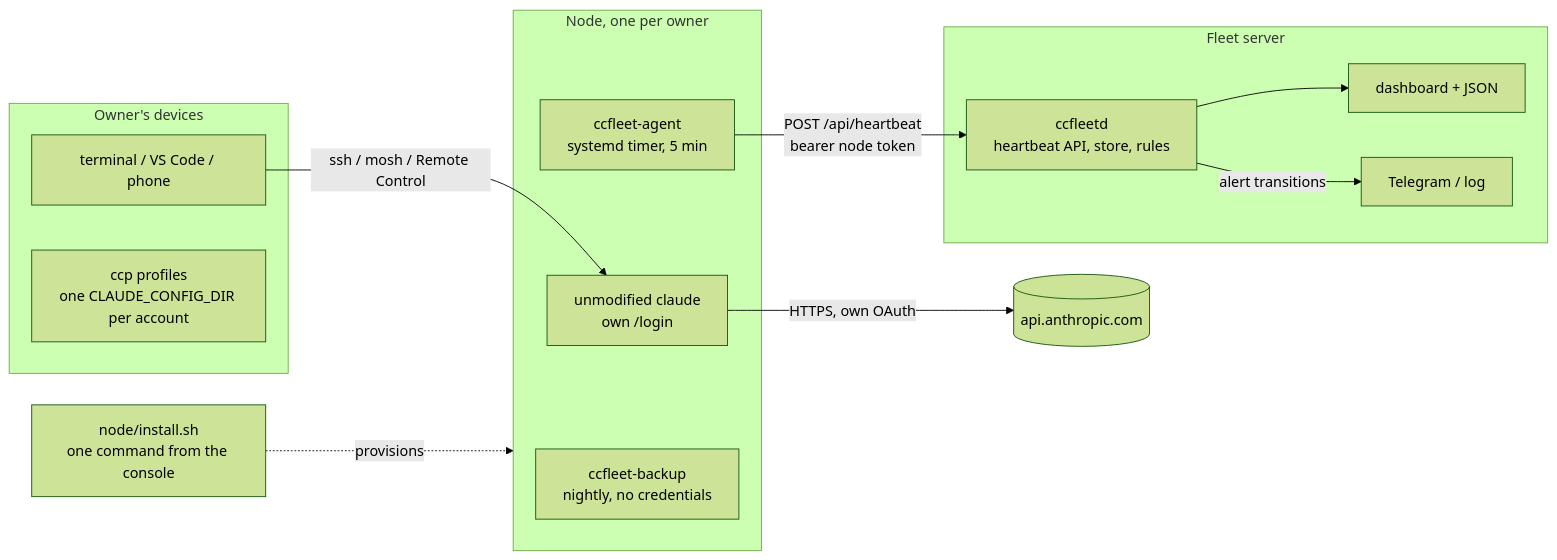
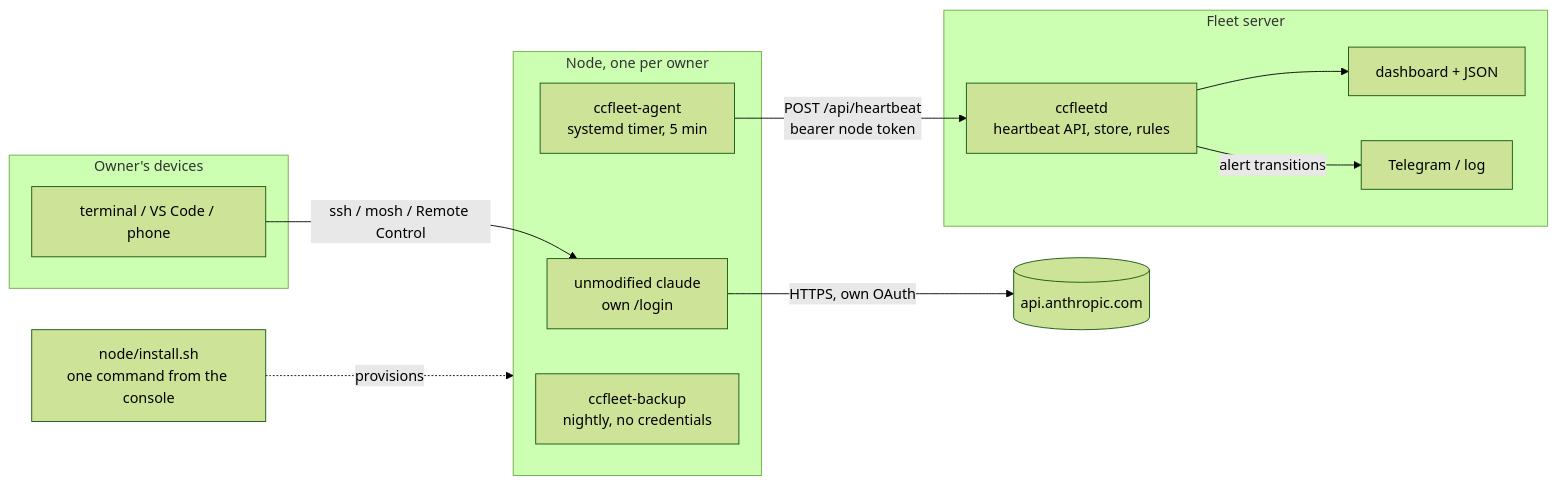
One commit to cdcupt/ccfleet changed the first of 4 diagrams in docs/design.md. Above: the diagram before and after it, drawn with Mermaid (forest theme). The commit also changed 4 other files, not shown here.

First line of the commit message:
[agent] chore: retire ccp, the several-accounts-per-laptop switcher (#82)

````diff
--- a/docs/design.md
+++ b/docs/design.md
@@ -16,23 +16,22 @@
 ```mermaid
 flowchart LR
   subgraph laptop [Owner's devices]
     T[terminal / VS Code / phone]
-    P[ccp profiles<br/>one CLAUDE_CONFIG_DIR per account]
   end
   subgraph node [Node, one per owner]
     C[unmodified claude<br/>own /login]
     A[ccfleet-agent<br/>systemd timer, 5 min]
     B[ccfleet-backup<br/>nightly, no credentials]
   end
   subgraph server [Fleet server]
     D[ccfleetd<br/>heartbeat API, store, rules]
     W[dashboard + JSON]
     N[Telegram / log]
   end
   I[node/install.sh<br/>one command from the console] -.provisions.-> node
   T -- ssh / mosh / Remote Control --> C
   C -- HTTPS, own OAuth --> API[(api.anthropic.com)]
   A -- POST /api/heartbeat<br/>bearer node token --> D
   D --> W
   D -- alert transitions --> N
 ```
````
